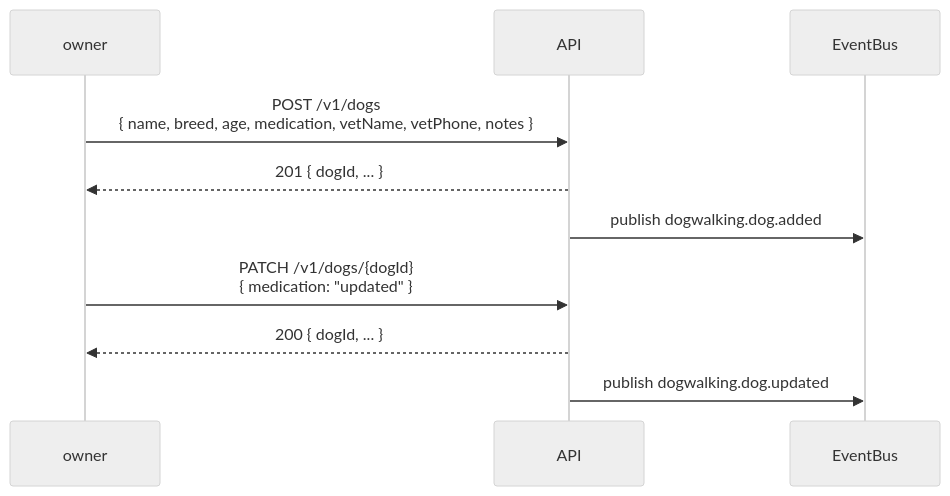
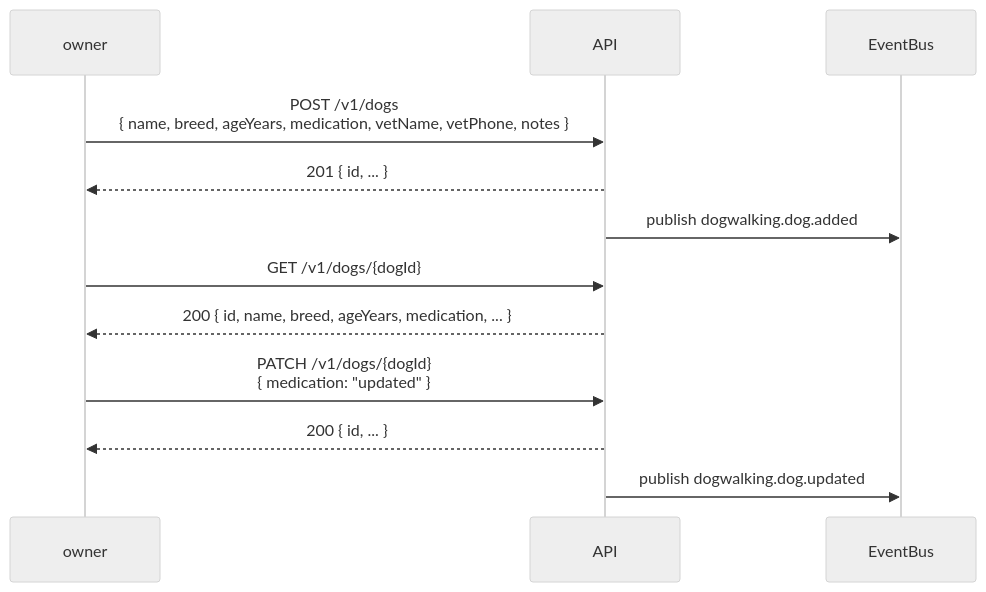
One commit to dataGriff/spec-dog-walking changed the sixth of 12 diagrams in docs/specifications/sequence-diagrams.md. Above: the diagram before and after it, drawn with Mermaid (neutral theme). The commit also changed other lines of this file and 2 other files, not shown here.

First line of the commit message:
feat(flows): fix Flow 1 register body, cover new stories, align keys and ordering

````diff
--- a/docs/specifications/sequence-diagrams.md
+++ b/docs/specifications/sequence-diagrams.md
@@ -127,14 +153,17 @@
 ```mermaid
 sequenceDiagram
     participant owner
     participant API
     participant EventBus
 
-    owner->>API: POST /v1/dogs<br/>{ name, breed, age, medication, vetName, vetPhone, notes }
-    API-->>owner: 201 { dogId, ... }
+    owner->>API: POST /v1/dogs<br/>{ name, breed, ageYears, medication, vetName, vetPhone, notes }
+    API-->>owner: 201 { id, ... }
     API->>EventBus: publish dogwalking.dog.added
 
+    owner->>API: GET /v1/dogs/{dogId}
+    API-->>owner: 200 { id, name, breed, ageYears, medication, ... }
+
     owner->>API: PATCH /v1/dogs/{dogId}<br/>{ medication: "updated" }
-    API-->>owner: 200 { dogId, ... }
+    API-->>owner: 200 { id, ... }
     API->>EventBus: publish dogwalking.dog.updated
 ```
````
